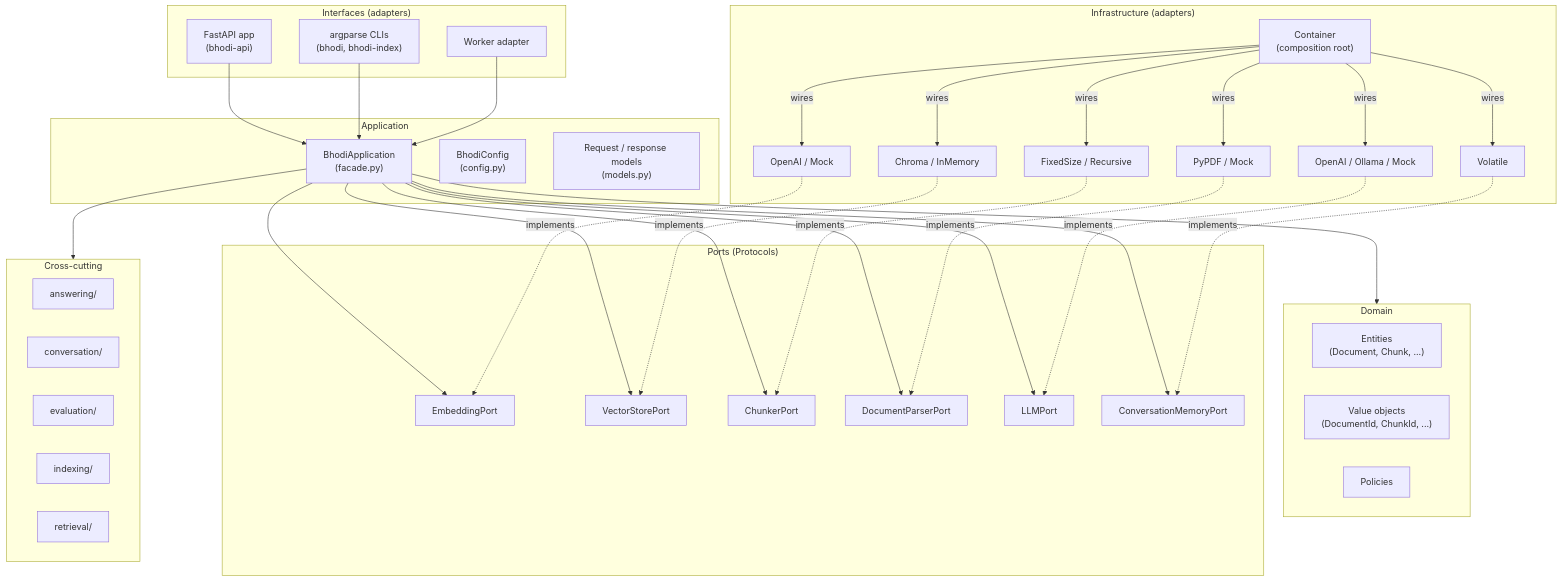
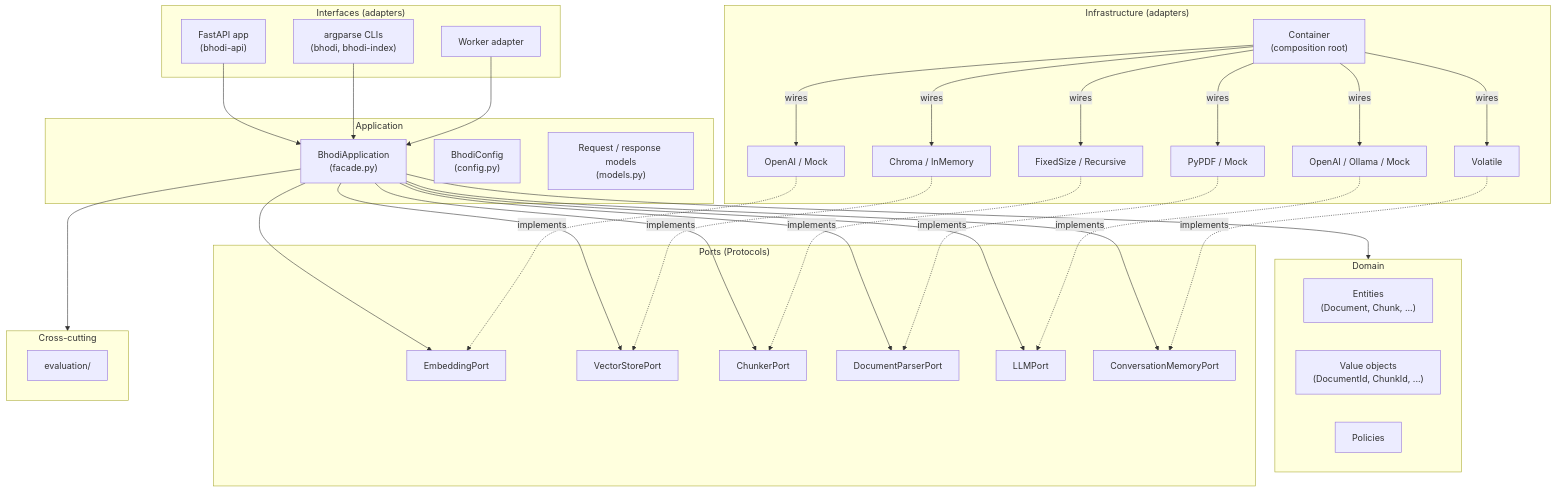
Before and after one commit to 4nibhal/Bhodi: the diagram in README.md, drawn with Mermaid. The commit also changed other lines of this file and 42 other files, not shown here.

````diff
--- a/README.md
+++ b/README.md
@@ -175,75 +175,71 @@
 ```mermaid
 flowchart TB
     subgraph Interfaces["Interfaces (adapters)"]
         API["FastAPI app<br/>(bhodi-api)"]
         CLI["argparse CLIs<br/>(bhodi, bhodi-index)"]
         Worker["Worker adapter"]
     end
 
     subgraph Application["Application"]
         Facade["BhodiApplication<br/>(facade.py)"]
         Config["BhodiConfig<br/>(config.py)"]
         Models["Request / response models<br/>(models.py)"]
     end
 
     subgraph Domain["Domain"]
         Entities["Entities<br/>(Document, Chunk, ...)"]
         VO["Value objects<br/>(DocumentId, ChunkId, ...)"]
         Policy["Policies"]
     end
 
     subgraph Ports["Ports (Protocols)"]
         EP["EmbeddingPort"]
         VP["VectorStorePort"]
         CP["ChunkerPort"]
         DP["DocumentParserPort"]
         LP["LLMPort"]
         CMPort["ConversationMemoryPort"]
     end
 
     subgraph Infra["Infrastructure (adapters)"]
         Embed["OpenAI / Mock"]
         Store["Chroma / InMemory"]
         Chunk["FixedSize / Recursive"]
         Parse["PyPDF / Mock"]
         LLM["OpenAI / Ollama / Mock"]
         CMem["Volatile"]
         Container["Container<br/>(composition root)"]
     end
 
     subgraph Cross["Cross-cutting"]
-        Answering["answering/"]
-        Conversation["conversation/"]
         Evaluation["evaluation/"]
-        Indexing["indexing/"]
-        Retrieval["retrieval/"]
     end
 
     API --> Facade
     CLI --> Facade
     Worker --> Facade
 
     Facade --> EP
     Facade --> VP
     Facade --> CP
     Facade --> DP
     Facade --> LP
     Facade --> CMPort
 
     Container -- wires --> Embed
     Container -- wires --> Store
     Container -- wires --> Chunk
     Container -- wires --> Parse
     Container -- wires --> LLM
     Container -- wires --> CMem
 
     Embed -. implements .-> EP
     Store -. implements .-> VP
     Chunk -. implements .-> CP
     Parse -. implements .-> DP
     LLM -. implements .-> LP
     CMem -. implements .-> CMPort
 
     Facade --> Domain
     Facade --> Cross
 ```
````
